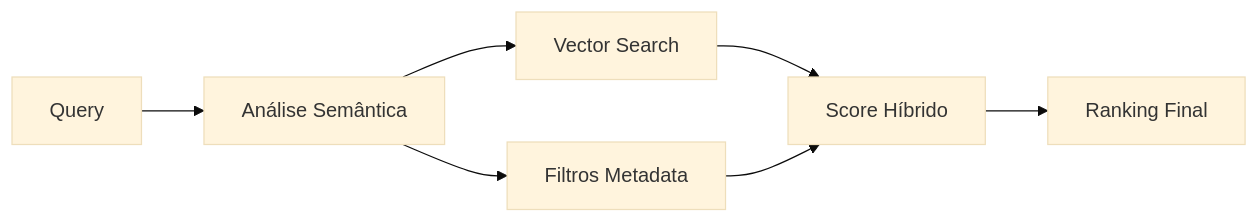
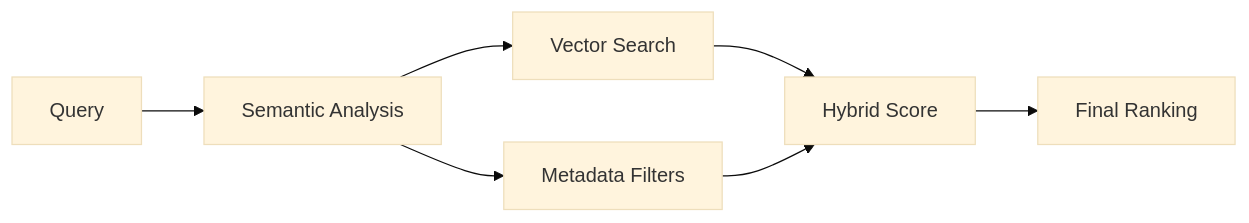
One commit to felipepimentel/plexure-api-search changed the second of 4 diagrams in README.md. Above: the diagram before and after it, drawn with Mermaid (base theme). The commit also changed other lines of this file and 2 other files, not shown here.

````diff
--- a/README.md
+++ b/README.md
@@ -41,9 +41,9 @@
    ```mermaid
    graph LR
-       A[Query] --> B[Análise Semântica]
+       A[Query] --> B[Semantic Analysis]
        B --> C[Vector Search]
-       B --> D[Filtros Metadata]
-       C --> E[Score Híbrido]
+       B --> D[Metadata Filters]
+       C --> E[Hybrid Score]
        D --> E
-       E --> F[Ranking Final]
+       E --> F[Final Ranking]
    ```
````
